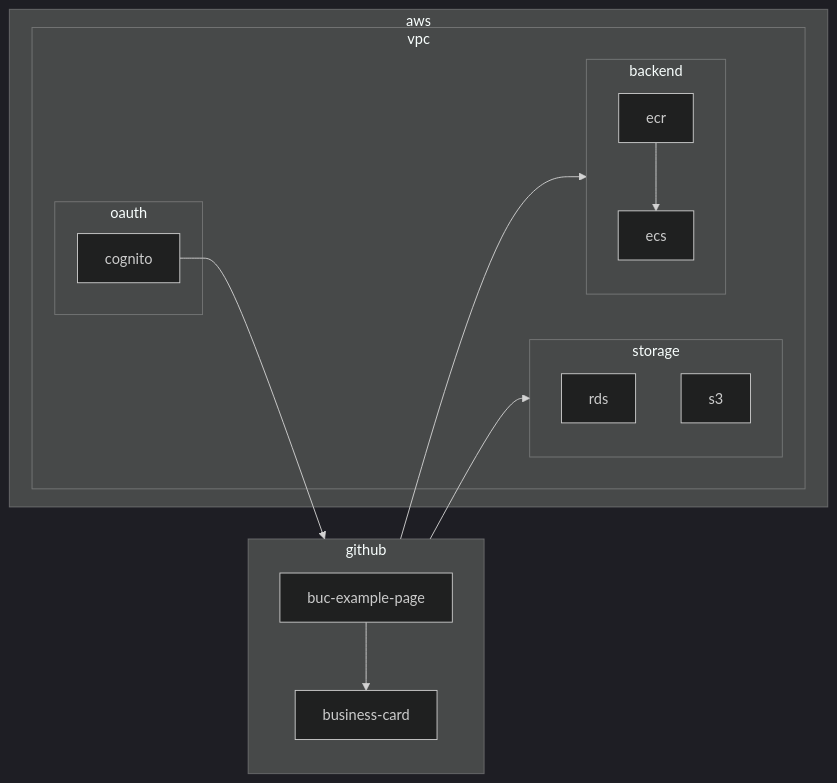
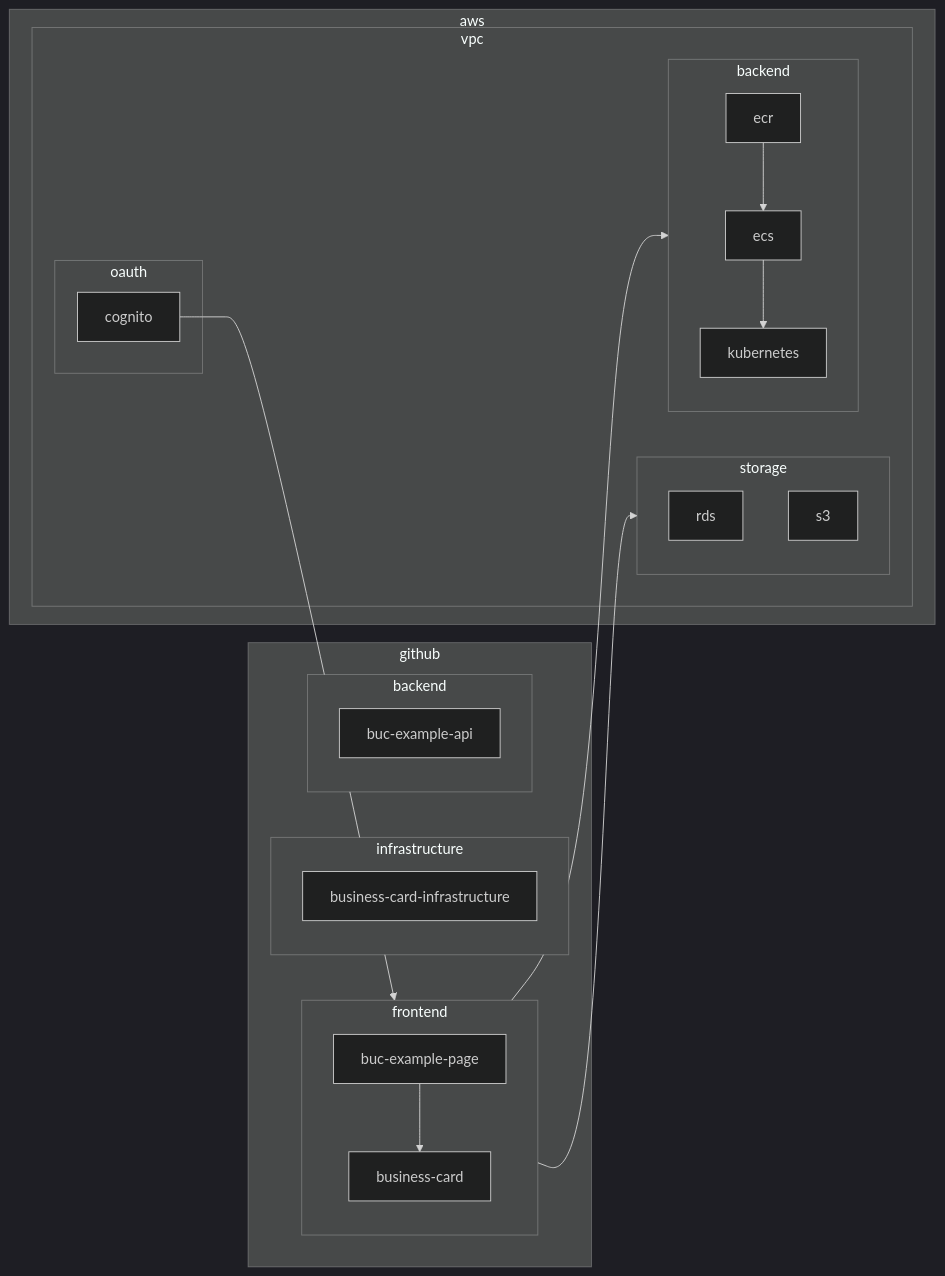
One commit to zcemycl/business-card changed the diagram in README.md. Above: the diagram before and after it, drawn with Mermaid (dark theme).

````diff
--- a/README.md
+++ b/README.md
@@ -30,28 +30,40 @@
 ```mermaid
-flowchart LR;
-    subgraph a[github];
-        A1[business-card];
-        A2[buc-example-page];
-        A2 --> A1;
-    end;
-    subgraph b[aws];
+flowchart LR
+    subgraph a[github]
+        subgraph a1[frontend]
+            A1[business-card]
+            A2[buc-example-page]
+        end
+        subgraph a2[infrastructure]
+            A21[business-card-infrastructure]
+        end
+        subgraph a3[backend]
+            A31[buc-example-api]
+        end
+        A2 --> A1
+    end
+    subgraph b[aws]
         subgraph b1[vpc]
             subgraph b11[storage]
                 B111[rds]
                 B112[s3]
             end
             subgraph b12[oauth]
                 B121[cognito]
             end
             subgraph b13[backend]
                 B131[ecs]
                 B132[ecr]
-                B132-->B131;
+                B133[kubernetes]
+                B132-->B131
+                B131-->B133
             end
         end
-    end;
-    B121 --> a;
-    a --> b11;
-    a --> b13;
+        
+    end
+    B121 --> a1
+    a1 --> b11
+    a1 --> b13
     click A1 "https://github.com/zcemycl/business-card" _blank
+
 ```
````
